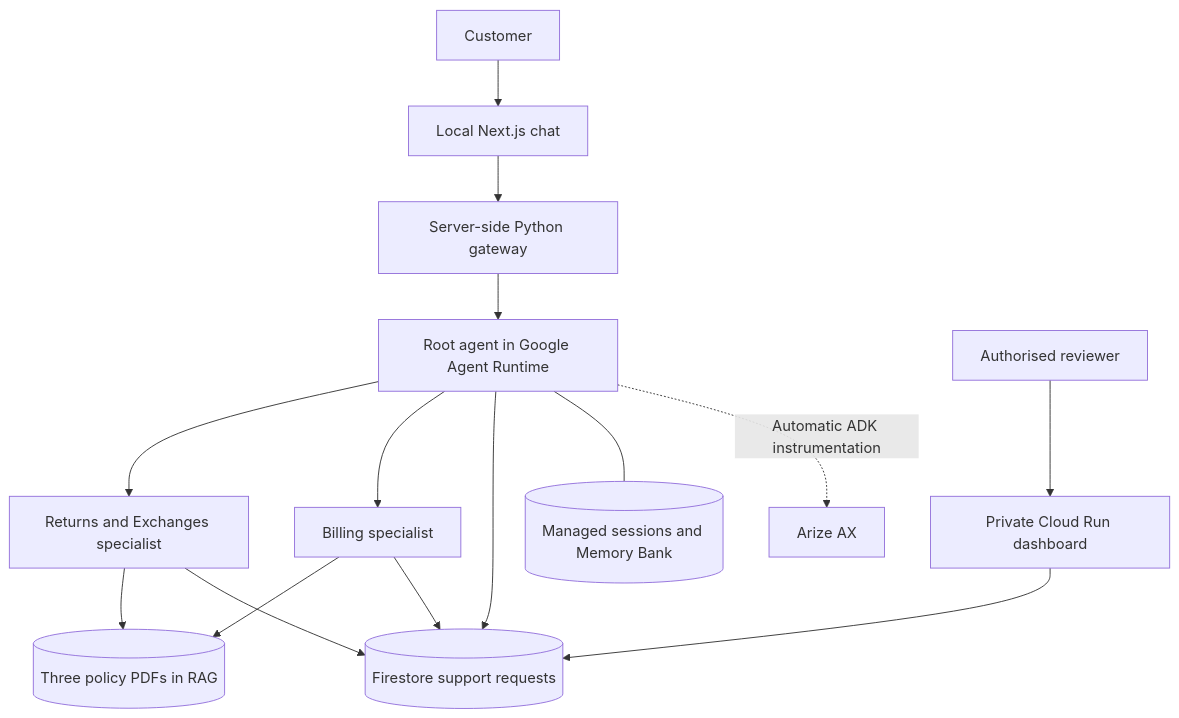
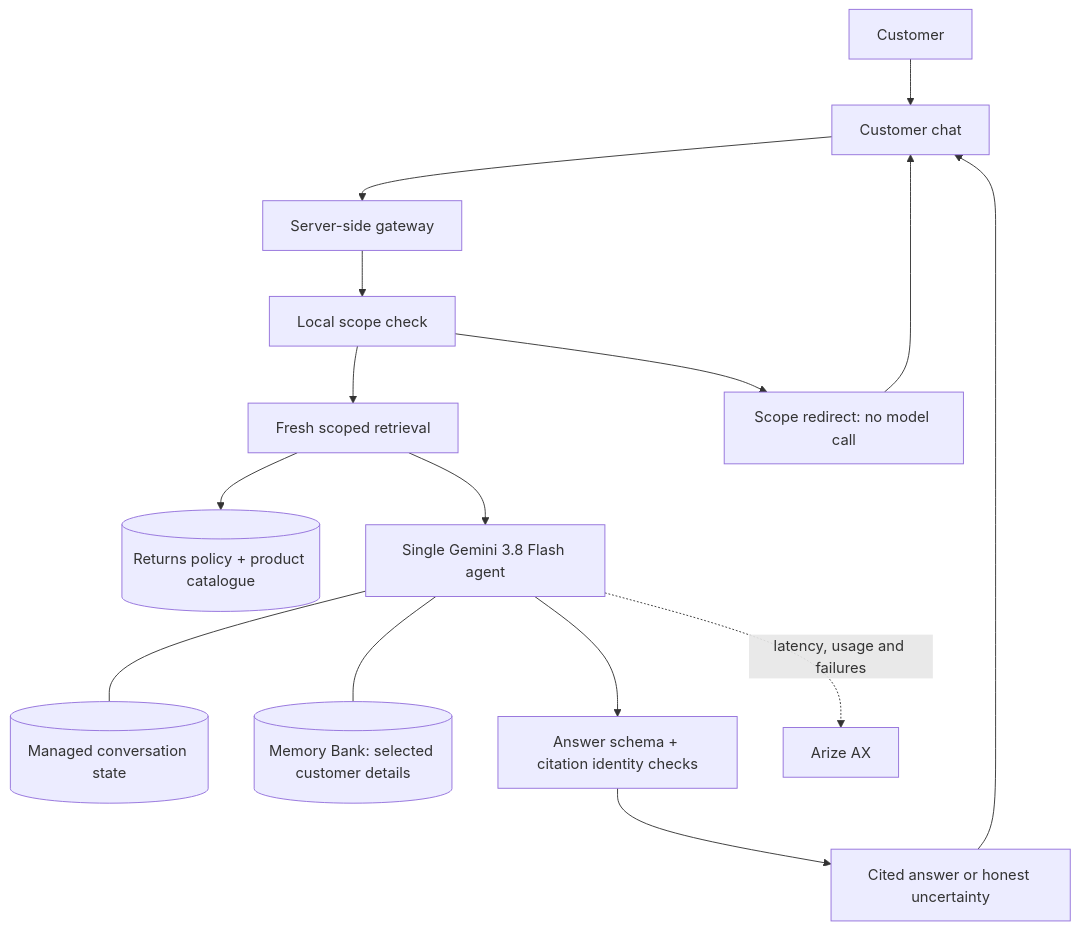
One commit to abanerjee23/tarnfield-care changed the diagram in README.md. Above: the diagram before and after it, drawn with Mermaid. The commit also changed other lines of this file and 62 other files, not shown here.

Commit message:
Simplify Tarnfield to a single returns and exchanges policy agent

````diff
--- a/README.md
+++ b/README.md
@@ -58,17 +68,17 @@
 ```mermaid
 flowchart TD
-    Customer[Customer] --> UI[Local Next.js chat]
-    UI --> Gateway[Server-side Python gateway]
-    Gateway --> Root[Root agent in Google Agent Runtime]
-    Root --> Returns[Returns and Exchanges specialist]
-    Root --> Billing[Billing specialist]
-    Returns --> RAG[(Three policy PDFs in RAG)]
-    Billing --> RAG
-    Root --> Actions[(Firestore support requests)]
-    Returns --> Actions
-    Billing --> Actions
-    Reviewer[Authorised reviewer] --> Ops[Private Cloud Run dashboard]
-    Ops --> Actions
-    Root --- Sessions[(Managed sessions and Memory Bank)]
-    Root -. Automatic ADK instrumentation .-> Arize[Arize AX]
+    Customer[Customer] --> UI[Customer chat]
+    UI --> Gateway[Server-side gateway]
+    Gateway --> Scope[Local scope check]
+    Scope --> Retrieval[Fresh scoped retrieval]
+    Retrieval --> RAG[(Returns policy + product catalogue)]
+    Retrieval --> Agent[Single Gemini 3.8 Flash agent]
+    Agent --- Sessions[(Managed conversation state)]
+    Agent --- Memory[(Memory Bank: selected customer details)]
+    Agent --> Validation[Answer schema + citation identity checks]
+    Validation --> Answer[Cited answer or honest uncertainty]
+    Answer --> UI
+    Scope --> Redirect[Scope redirect: no model call]
+    Redirect --> UI
+    Agent -. latency, usage and failures .-> Arize[Arize AX]
 ```
````
